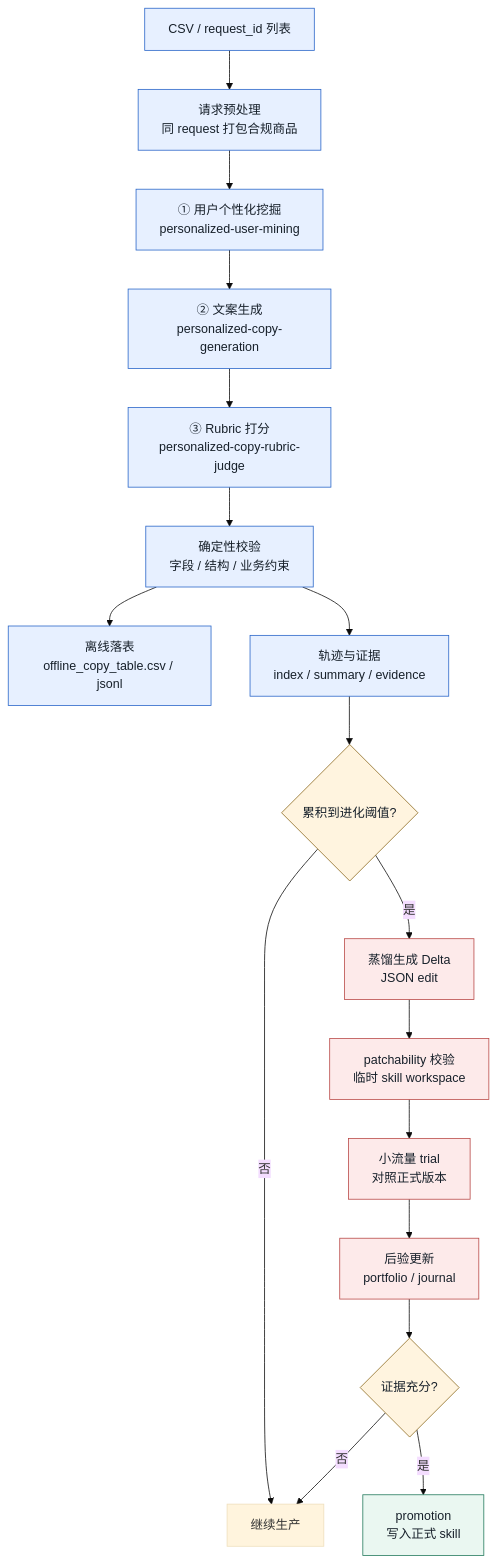
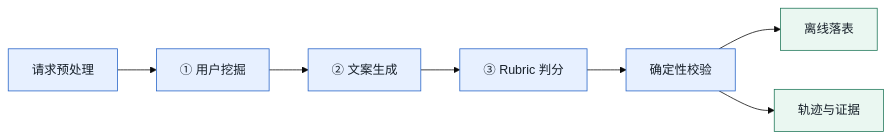
One commit to AI3-GenAI4Sci/VIP_Copy changed the second of 3 diagrams in README.md. Above: the diagram before and after it, drawn with Mermaid (base theme). The commit also changed other lines of this file, not shown here.

First line of the commit message:
docs: slim README diagrams to compact horizontal overviews

````diff
--- a/README.md
+++ b/README.md
@@ -120,28 +114,14 @@
 ```mermaid
-flowchart TB
-    A["CSV / request_id 列表"] --> B["请求预处理<br/>同 request 打包合规商品"]
-    B --> C["① 用户个性化挖掘<br/>personalized-user-mining"]
-    C --> D["② 文案生成<br/>personalized-copy-generation"]
-    D --> E["③ Rubric 打分<br/>personalized-copy-rubric-judge"]
-    E --> F["确定性校验<br/>字段 / 结构 / 业务约束"]
-    F --> G["离线落表<br/>offline_copy_table.csv / jsonl"]
-    F --> H["轨迹与证据<br/>index / summary / evidence"]
-    H --> I{"累积到进化阈值?"}
-    I -- "否" --> J["继续生产"]
-    I -- "是" --> K["蒸馏生成 Delta<br/>JSON edit"]
-    K --> L["patchability 校验<br/>临时 skill workspace"]
-    L --> M["小流量 trial<br/>对照正式版本"]
-    M --> N["后验更新<br/>portfolio / journal"]
-    N --> O{"证据充分?"}
-    O -- "否" --> J
-    O -- "是" --> P["promotion<br/>写入正式 skill"]
+flowchart LR
+    A["请求预处理"] --> B["① 用户挖掘"]
+    B --> C["② 文案生成"]
+    C --> D["③ Rubric 判分"]
+    D --> E["确定性校验"]
+    E --> F["离线落表"]
+    E --> G["轨迹与证据"]
 
     classDef prod fill:#e7f0ff,stroke:#2764c8,color:#17202a;
-    classDef gate fill:#fff4df,stroke:#8a681c,color:#17202a;
-    classDef evo fill:#fdeaea,stroke:#b84745,color:#17202a;
     classDef pass fill:#eaf7f1,stroke:#20785a,color:#17202a;
-    class A,B,C,D,E,F,G,H prod;
-    class I,O gate;
-    class K,L,M,N evo;
-    class P pass;
+    class A,B,C,D,E prod;
+    class F,G pass;
 ```
````
